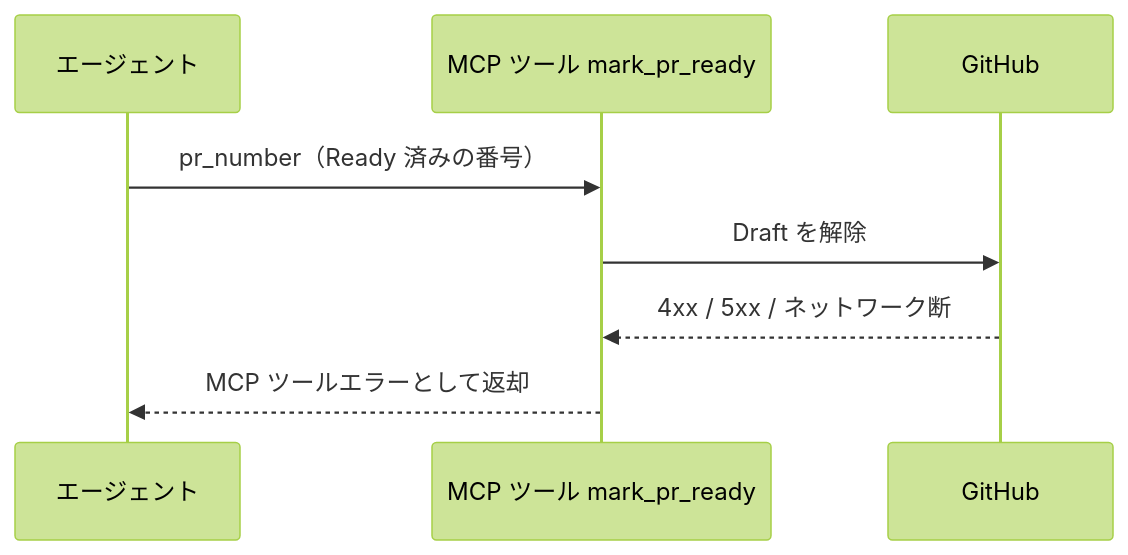
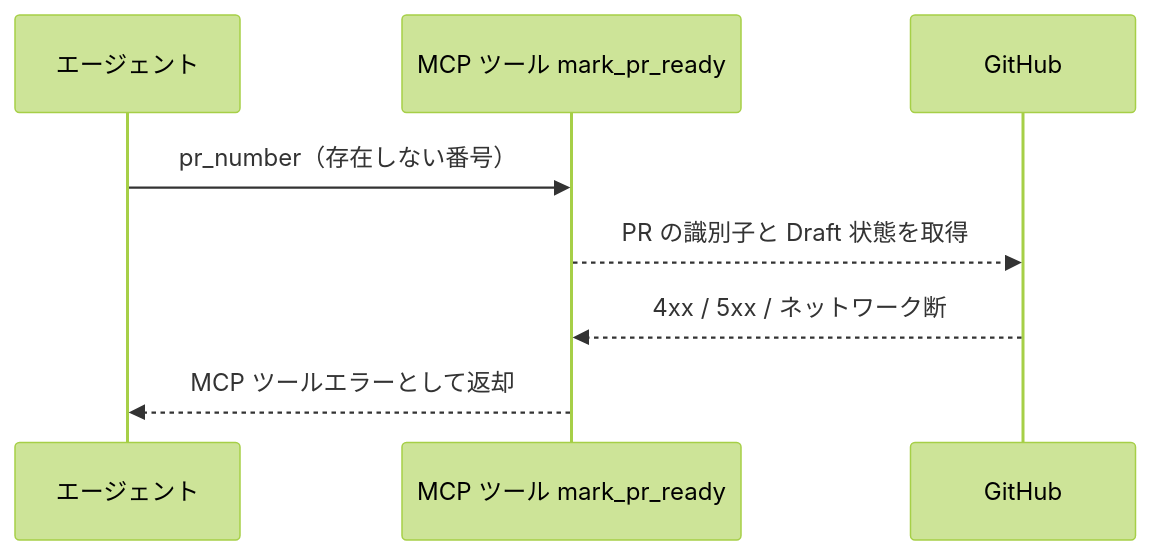
The third of 3 diagrams in docs/wiki/設計図/インターフェース定義/バックエンド/PR_Ready化.py.md (shuhei1101/ai-monitor), drawn with Mermaid (forest theme) before and after one commit. The commit also changed other lines of this file and 75 other files, not shown here.

````diff
--- a/docs/wiki/設計図/インターフェース定義/バックエンド/PR_Ready化.py.md
+++ b/docs/wiki/設計図/インターフェース定義/バックエンド/PR_Ready化.py.md
@@ -92,11 +126,11 @@
 ```mermaid
 sequenceDiagram
   participant A as エージェント
   participant T as MCP ツール mark_pr_ready
   participant GH as GitHub
 
-  A->>T: pr_number（Ready 済みの番号）
-  T->>GH: Draft を解除
+  A->>T: pr_number（存在しない番号）
+  T-->>GH: PR の識別子と Draft 状態を取得
   GH-->>T: 4xx / 5xx / ネットワーク断
   T-->>A: MCP ツールエラーとして返却
 ```
````
